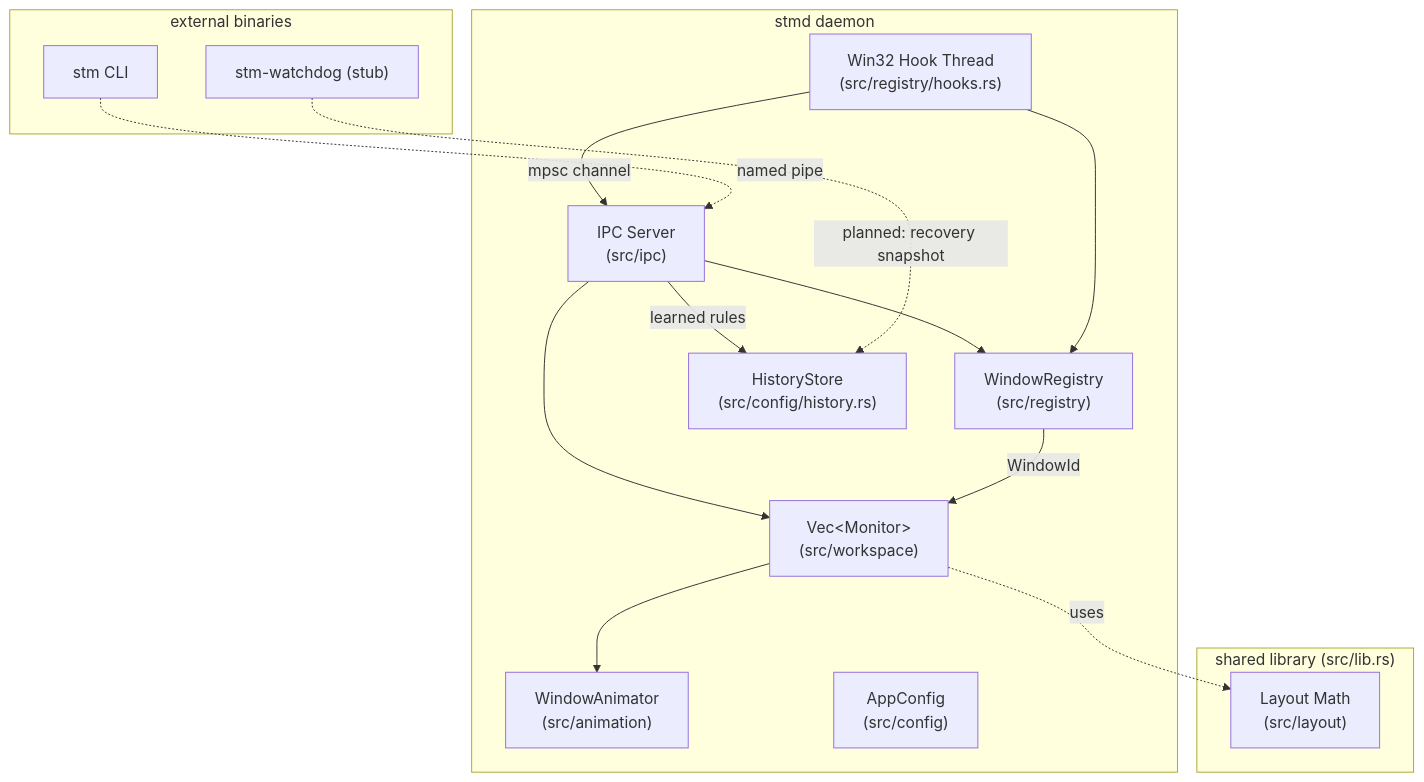
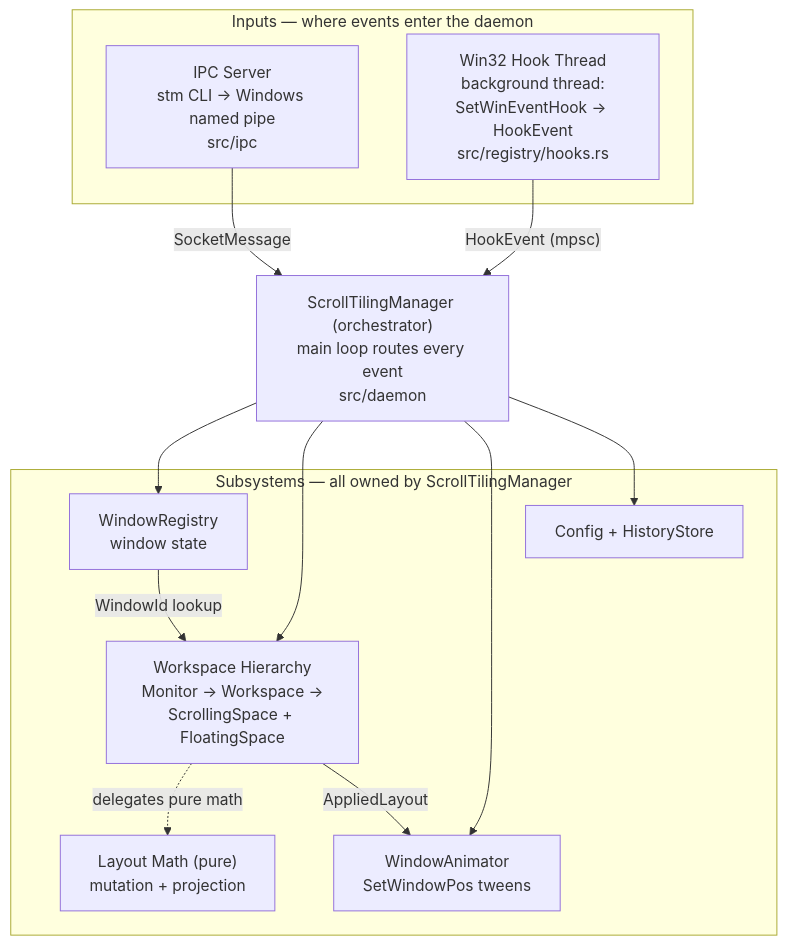
The first of 3 diagrams in docs/src/dev-guide/architecture.md (CCpcalvin/flow-wm), drawn with Mermaid before and after one commit. The commit also changed other lines of this file, not shown here.

Commit message:
docs: clarify subsystem map in architecture guide

````diff
--- a/docs/src/dev-guide/architecture.md
+++ b/docs/src/dev-guide/architecture.md
@@ -29,32 +31,27 @@
 ```mermaid
 flowchart TB
-    subgraph stmd["stmd daemon"]
-        IPC["IPC Server<br/>(src/ipc)"]
-        Hook["Win32 Hook Thread<br/>(src/registry/hooks.rs)"]
-        Registry["WindowRegistry<br/>(src/registry)"]
-        Monitors["Vec&lt;Monitor&gt;<br/>(src/workspace)"]
-        Animator["WindowAnimator<br/>(src/animation)"]
-        Config["AppConfig<br/>(src/config)"]
-        History["HistoryStore<br/>(src/config/history.rs)"]
+    subgraph inputs["Inputs — where events enter the daemon"]
+        IPC["IPC Server<br/>stm CLI → Windows named pipe<br/>src/ipc"]
+        Hook["Win32 Hook Thread<br/>background thread:<br/>SetWinEventHook → HookEvent<br/>src/registry/hooks.rs"]
     end
 
-    subgraph shared_lib["shared library (src/lib.rs)"]
-        Layout["Layout Math<br/>(src/layout)"]
+    Daemon["ScrollTilingManager (orchestrator)<br/>main loop routes every event<br/>src/daemon"]
+
+    subgraph core["Subsystems — all owned by ScrollTilingManager"]
+        Registry["WindowRegistry<br/>window state"]
+        Workspace["Workspace Hierarchy<br/>Monitor → Workspace →<br/>ScrollingSpace + FloatingSpace"]
+        Layout["Layout Math (pure)<br/>mutation + projection"]
+        Animator["WindowAnimator<br/>SetWindowPos tweens"]
+        Config["Config + HistoryStore"]
     end
 
-    subgraph external["external binaries"]
-        CLI["stm CLI"]
-        Watchdog["stm-watchdog (stub)"]
-    end
-
-    Hook -- "mpsc channel" --> IPC
-    IPC --> Registry
-    IPC --> Monitors
-    IPC -- "learned rules" --> History
-    Hook --> Registry
-    Registry -- "WindowId" --> Monitors
-    Monitors --> Animator
-    Monitors -. "uses" .-> Layout
-    CLI -. "named pipe" .-> IPC
-    Watchdog -. "planned: recovery snapshot" .-> History
+    IPC  -- "SocketMessage" --> Daemon
+    Hook -- "HookEvent (mpsc)" --> Daemon
+    Daemon --> Registry
+    Daemon --> Workspace
+    Daemon --> Animator
+    Daemon --> Config
+    Registry -- "WindowId lookup" --> Workspace
+    Workspace -. "delegates pure math" .-> Layout
+    Workspace -- "AppliedLayout" --> Animator
 ```
````
